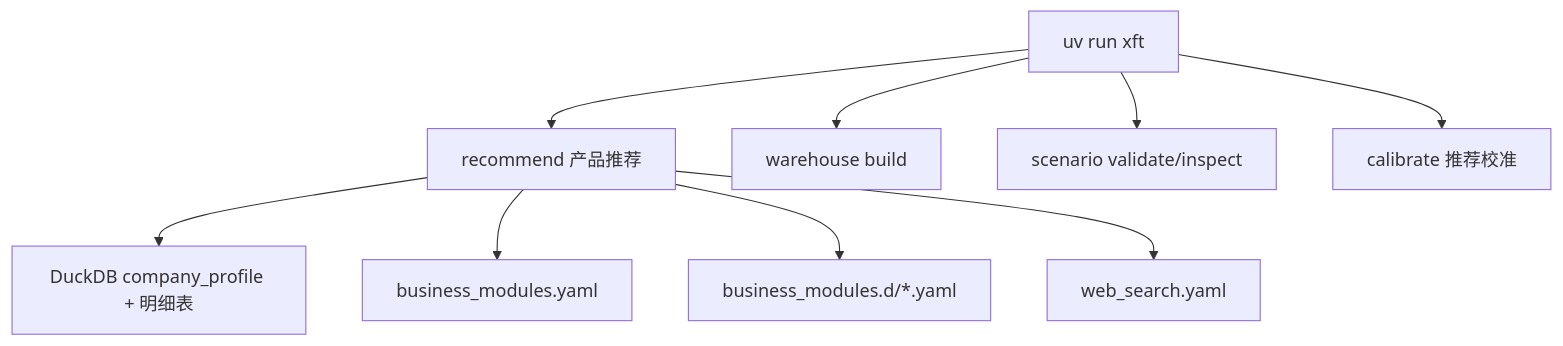
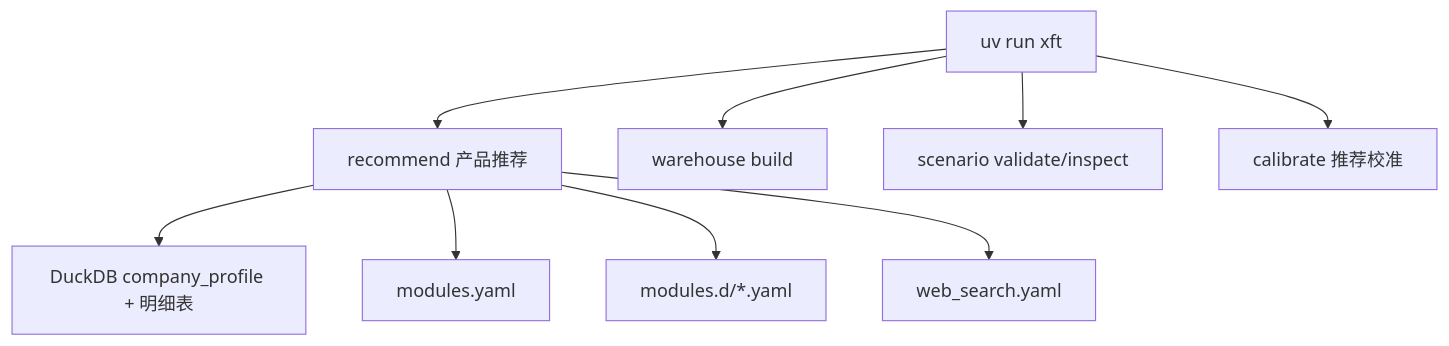
One commit to leeing/xft-dd changed the first of 3 diagrams in docs/ARCHITECTURE.md. Above: the diagram before and after it, drawn with Mermaid. The commit also changed other lines of this file and 39 other files, not shown here.

````diff
--- a/docs/ARCHITECTURE.md
+++ b/docs/ARCHITECTURE.md
@@ -7,12 +7,12 @@
 ```mermaid
 flowchart TB
     cli["uv run xft"] --> recommend["recommend 产品推荐"]
     cli --> warehouse["warehouse build"]
     cli --> scenario["scenario validate/inspect"]
     cli --> calibrate["calibrate 推荐校准"]
 
     recommend --> wh["DuckDB company_profile + 明细表"]
-    recommend --> bizroot["business_modules.yaml"]
-    recommend --> bizdir["business_modules.d/*.yaml"]
+    recommend --> bizroot["modules.yaml"]
+    recommend --> bizdir["modules.d/*.yaml"]
     recommend --> webconf["web_search.yaml"]
 ```
````
